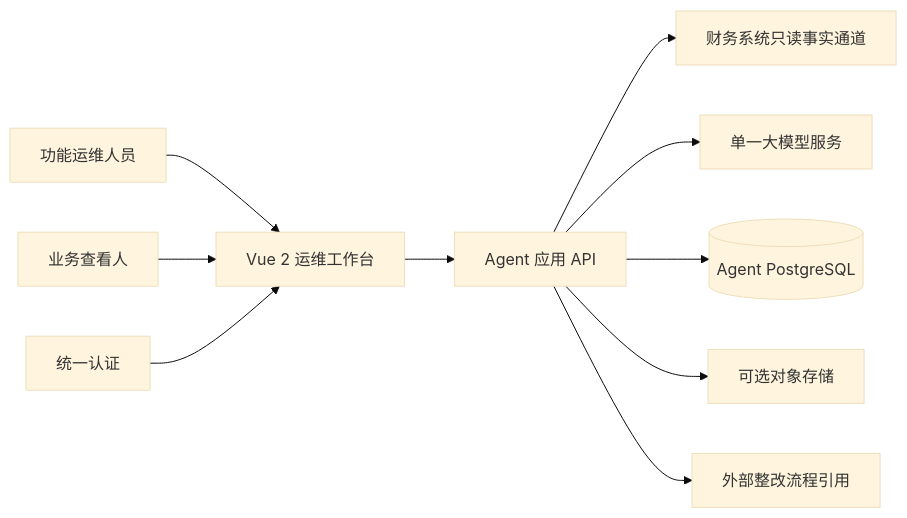
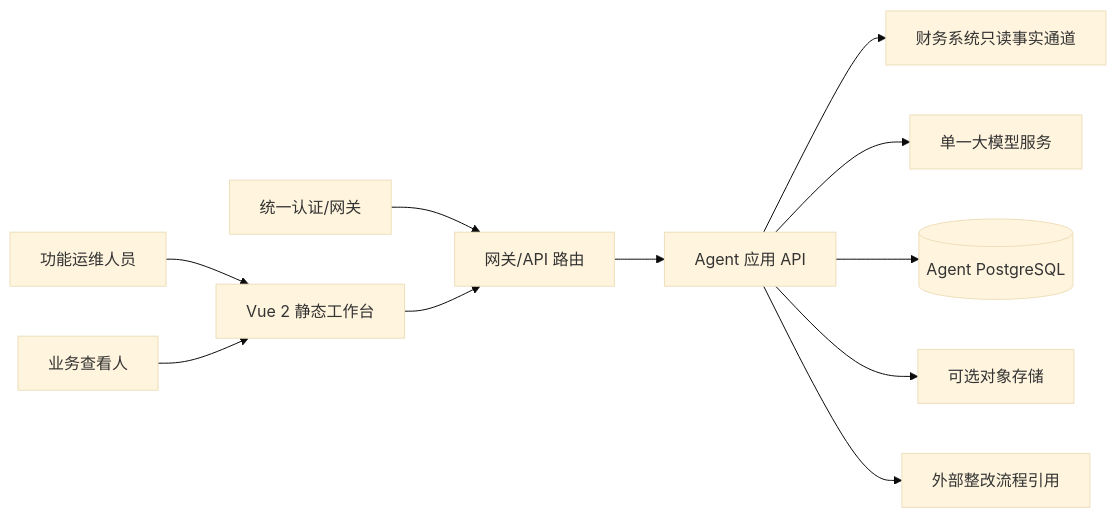
The first of 6 diagrams in solutions/生产落地技术方案/00-财务共享智能运维Agent-生产落地技术方案.md (yigeyige/finance-agent), drawn with Mermaid (base theme) before and after one commit. The commit also changed other lines of this file and 33 other files, not shown here.

````diff
--- a/solutions/生产落地技术方案/00-财务共享智能运维Agent-生产落地技术方案.md
+++ b/solutions/生产落地技术方案/00-财务共享智能运维Agent-生产落地技术方案.md
@@ -65,12 +65,13 @@
 ```mermaid
 flowchart LR
-    O[功能运维人员] --> W[Vue 2 运维工作台]
-    V[业务查看人] --> W
-    I[统一认证] --> W
-    W --> A[Agent 应用 API]
+    O[功能运维人员] --> FE[Vue 2 静态工作台]
+    V[业务查看人] --> FE
+    I[统一认证/网关] --> G
+    FE --> G[网关/API 路由]
+    G --> A[Agent 应用 API]
     A --> F[财务系统只读事实通道]
     A --> M[单一大模型服务]
     A --> P[(Agent PostgreSQL)]
     A --> S[可选对象存储]
     A --> E[外部整改流程引用]
 ```
````
